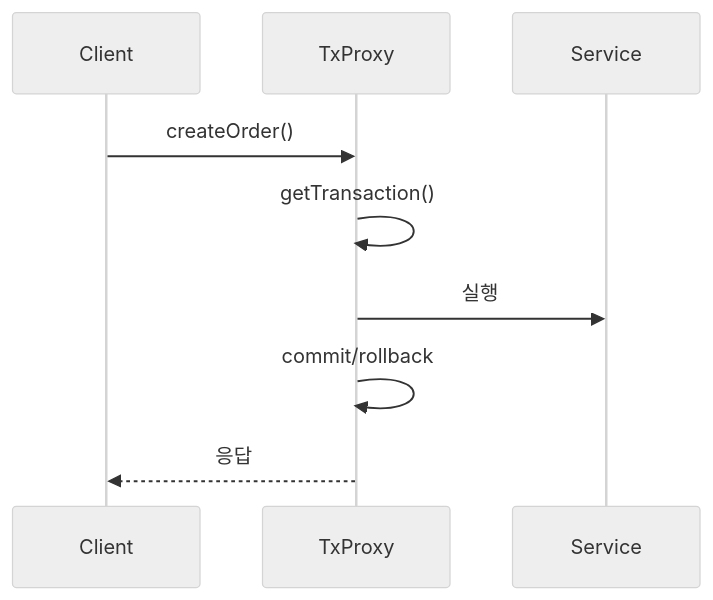
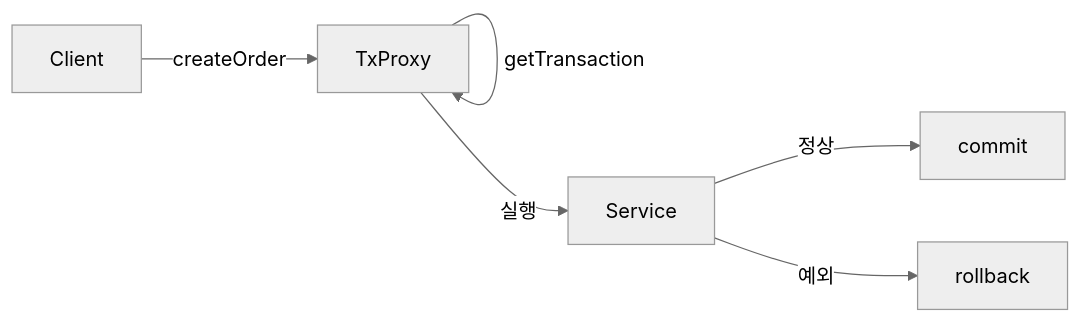
Before and after one commit to yjkim2015/yjkim2015.github.io: the first of 3 diagrams in _posts/spring/2026-05-01-spring-transaction.md, drawn with Mermaid (neutral theme). The commit also changed 163 other files, not shown here.

First line of the commit message:
Mermaid 300개 블록 내용 축소: 5노드 5엣지 이하, 의미 있는 약어

````diff
--- a/_posts/spring/2026-05-01-spring-transaction.md
+++ b/_posts/spring/2026-05-01-spring-transaction.md
@@ -77,11 +77,8 @@
 ```mermaid
-sequenceDiagram
-    participant C as Client
-    participant P as TxProxy
-    participant S as Service
-    C->>P: createOrder()
-    P->>P: getTransaction()
-    P->>S: 실행
-    P->>P: commit/rollback
-    P-->>C: 응답
+graph LR
+    C["Client"] -->|createOrder| P["TxProxy"]
+    P -->|getTransaction| P
+    P -->|실행| S["Service"]
+    S -->|정상| OK["commit"]
+    S -->|예외| RB["rollback"]
 ```
````
